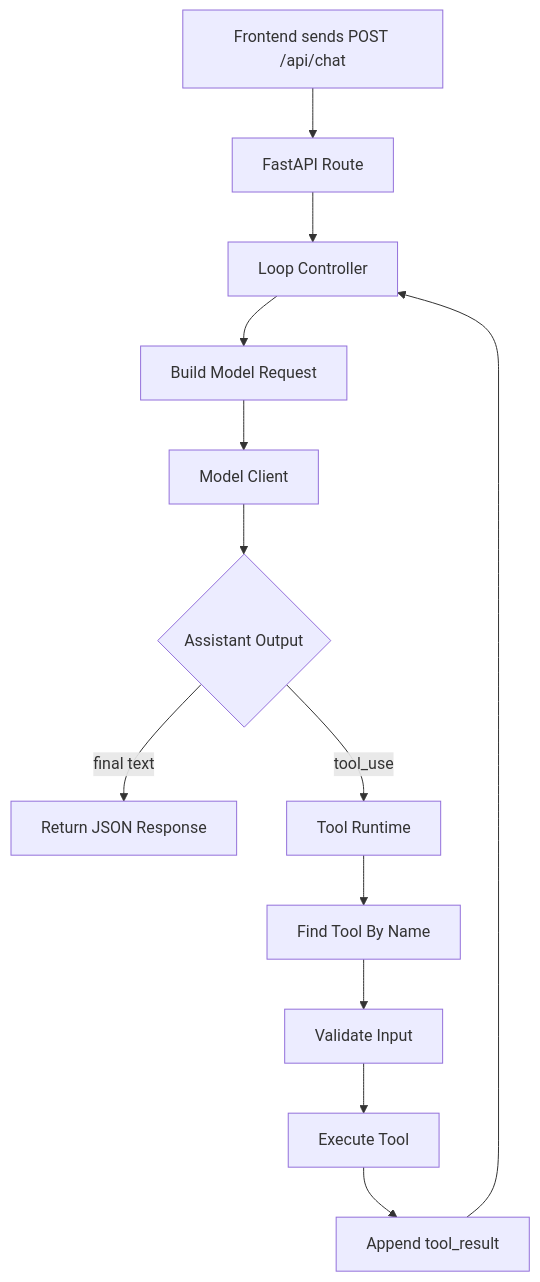
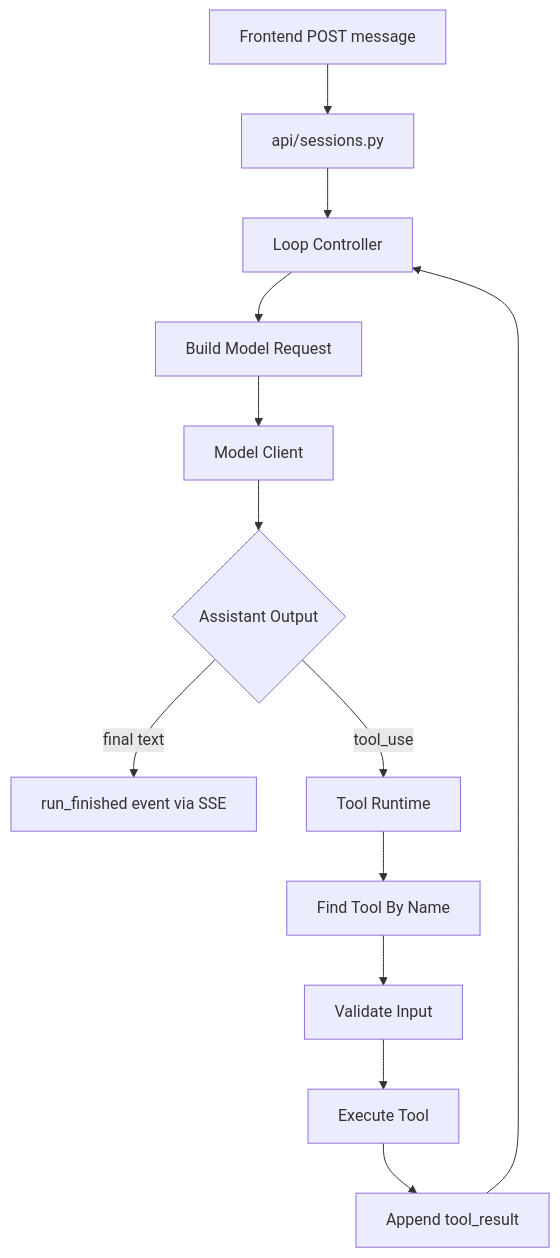
One commit to kidoom/Kgent changed the first of 3 diagrams in .claude/skills/auto-coder/references/03-tech-stack.md. Above: the diagram before and after it, drawn with Mermaid. The commit also changed other lines of this file and 53 other files, not shown here.

First line of the commit message:
feat(runtime): replace WebSocket with HTTP/SSE API and file tools

````diff
--- a/.claude/skills/auto-coder/references/03-tech-stack.md
+++ b/.claude/skills/auto-coder/references/03-tech-stack.md
@@ -3,15 +5,15 @@
 ```mermaid
 flowchart TD
-  A["Frontend sends POST /api/chat"] --> B["FastAPI Route"]
+  A["Frontend POST message"] --> B["api/sessions.py"]
   B --> C["Loop Controller"]
   C --> D["Build Model Request"]
   D --> E["Model Client"]
   E --> F{"Assistant Output"}
-  F -->|"final text"| G["Return JSON Response"]
+  F -->|"final text"| G["run_finished event via SSE"]
   F -->|"tool_use"| H["Tool Runtime"]
   H --> I["Find Tool By Name"]
   I --> J["Validate Input"]
   J --> K["Execute Tool"]
   K --> L["Append tool_result"]
   L --> C
 ```
````
